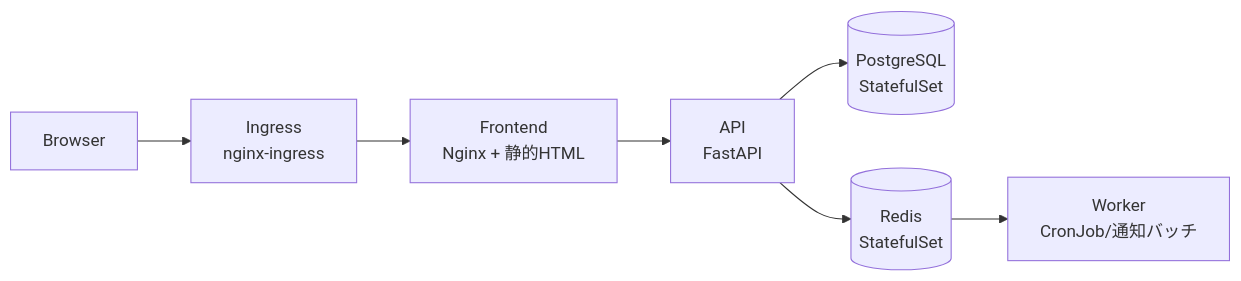
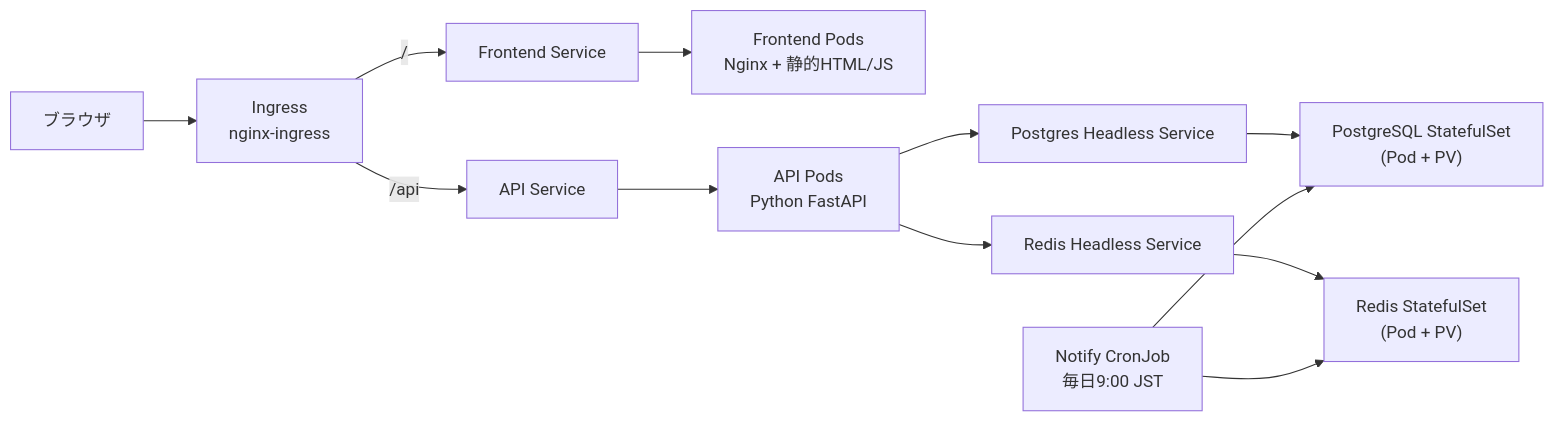
One commit to swallowsaba/introduction-k8s changed the third of 5 diagrams in docs/01-introduction/sample-app.md. Above: the diagram before and after it, drawn with Mermaid. The commit also changed other lines of this file and 12 other files, not shown here.

````diff
--- a/docs/01-introduction/sample-app.md
+++ b/docs/01-introduction/sample-app.md
@@ -23,9 +98,14 @@
 ```mermaid
 flowchart LR
-    user[Browser] --> ing[Ingress<br>nginx-ingress]
-    ing --> fe[Frontend<br>Nginx + 静的HTML]
-    fe --> api[API<br>FastAPI]
-    api --> db[(PostgreSQL<br>StatefulSet)]
-    api --> cache[(Redis<br>StatefulSet)]
-    cache --> worker[Worker<br>CronJob/通知バッチ]
+    user[ブラウザ] --> ing[Ingress<br>nginx-ingress]
+    ing -->|/api| api_svc[API Service]
+    ing -->|/| fe_svc[Frontend Service]
+    fe_svc --> fe_pods["Frontend Pods<br>Nginx + 静的HTML/JS"]
+    api_svc --> api_pods["API Pods<br>Python FastAPI"]
+    api_pods --> db_svc[Postgres Headless Service]
+    api_pods --> cache_svc[Redis Headless Service]
+    db_svc --> db["PostgreSQL StatefulSet<br>(Pod + PV)"]
+    cache_svc --> cache["Redis StatefulSet<br>(Pod + PV)"]
+    cron[Notify CronJob<br>毎日9:00 JST] --> db
+    cron --> cache
 ```
````
